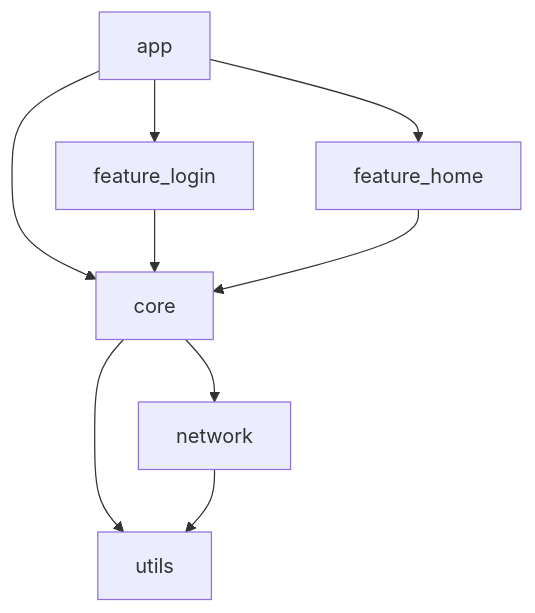
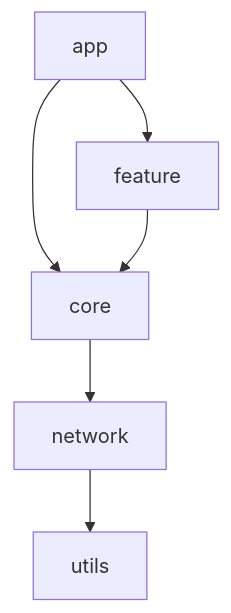
One commit to seokwon-ned/ModuleGraph changed the diagram in README.md. Above: the diagram before and after it, drawn with Mermaid. The commit also changed other lines of this file and 11 other files, not shown here.

````diff
--- a/README.md
+++ b/README.md
@@ -46,11 +76,8 @@
 ```mermaid
 graph TD
     app["app"] --> core
-    app --> feature_login
-    app --> feature_home
+    app --> feature
     core --> network
-    core --> utils
-    feature_login --> core
-    feature_home --> core
+    feature --> core
     network --> utils
 ```
````
